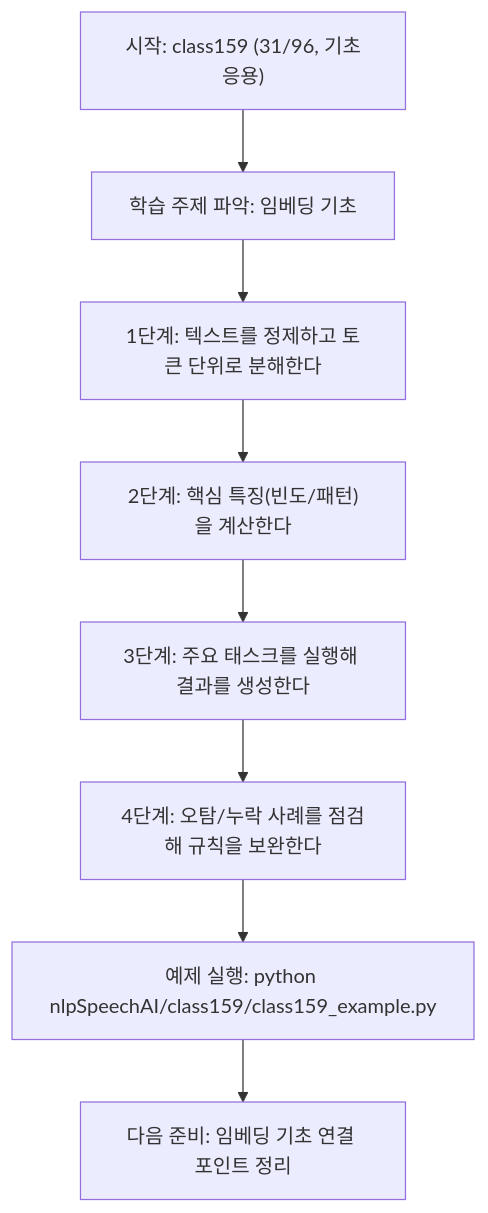
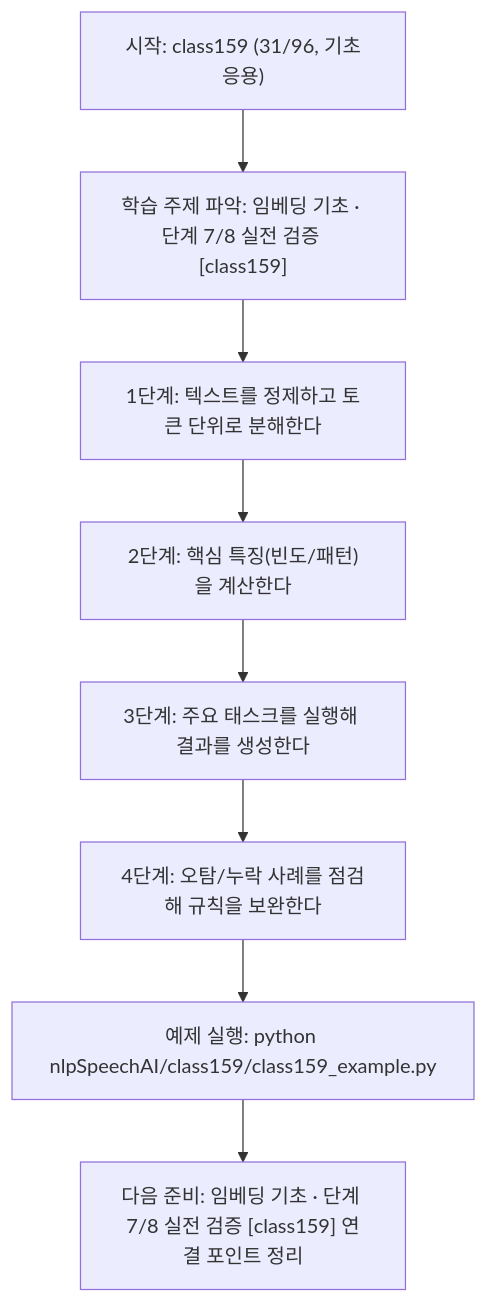
Before and after one commit to edumgt/Python-AI_Agent-Class: the diagram in nlpSpeechAI/class159/class159.md, drawn with Mermaid. The commit also changed other lines of this file and 522 other files, not shown here.

````diff
--- a/nlpSpeechAI/class159/class159.md
+++ b/nlpSpeechAI/class159/class159.md
@@ -112,18 +113,18 @@
 ```mermaid
 flowchart TD
 N1["시작: class159 (31/96, 기초응용)"]
-N2["학습 주제 파악: 임베딩 기초"]
+N2["학습 주제 파악: 임베딩 기초 · 단계 7/8 실전 검증 [class159]"]
 N3["1단계: 텍스트를 정제하고 토큰 단위로 분해한다"]
 N4["2단계: 핵심 특징(빈도/패턴)을 계산한다"]
 N5["3단계: 주요 태스크를 실행해 결과를 생성한다"]
 N6["4단계: 오탐/누락 사례를 점검해 규칙을 보완한다"]
 N7["예제 실행: python nlpSpeechAI/class159/class159_example.py"]
-N8["다음 준비: 임베딩 기초 연결 포인트 정리"]
+N8["다음 준비: 임베딩 기초 · 단계 7/8 실전 검증 [class159] 연결 포인트 정리"]
 N1 --> N2
 N2 --> N3
 N3 --> N4
 N4 --> N5
 N5 --> N6
 N6 --> N7
 N7 --> N8
 ```
````
